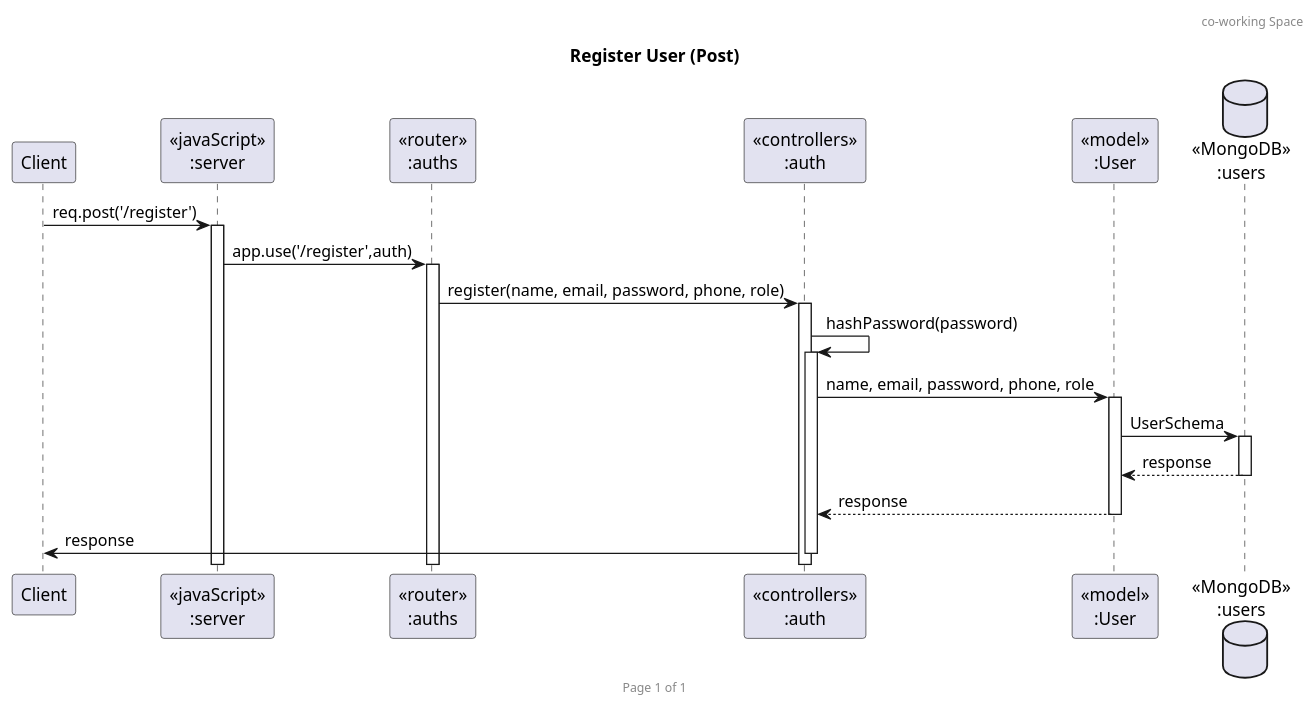
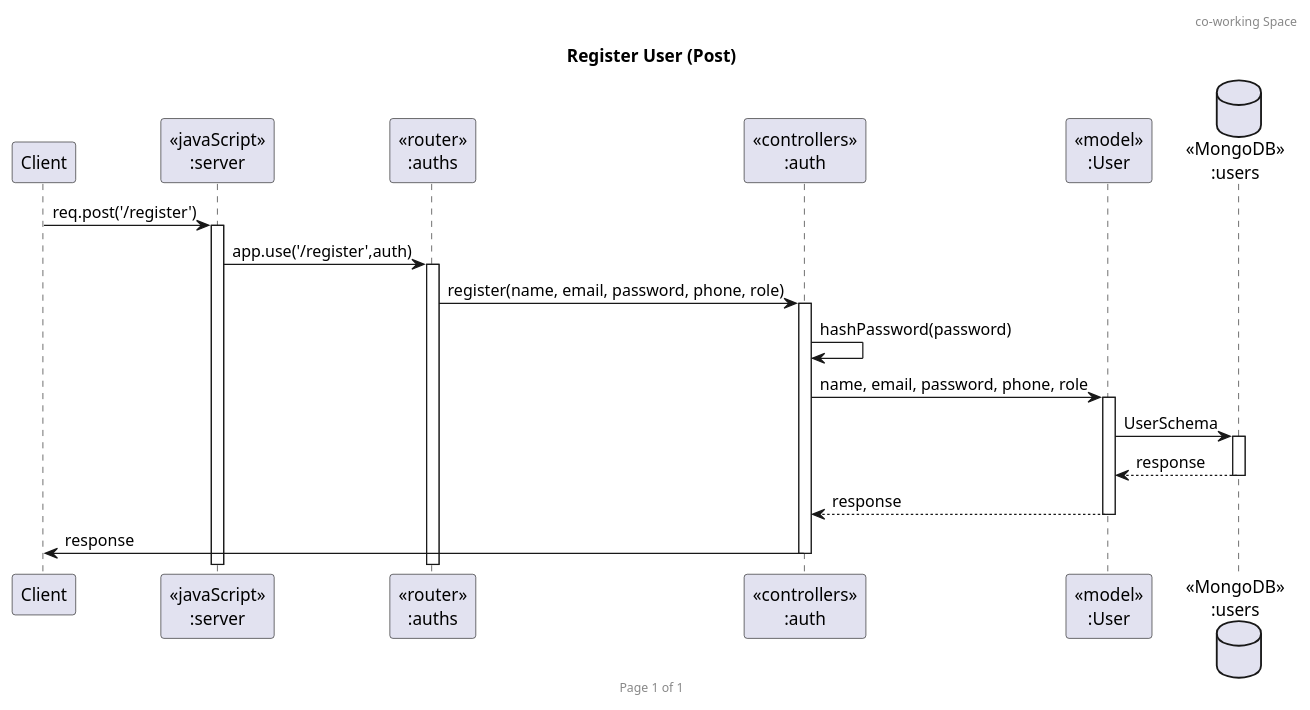
Before and after one commit to GavinITP/co-working-space-reservation: the diagram in uml/coWorking_register.puml, drawn with PlantUML. The commit also changed 3 other files, not shown here.

```diff
--- a/uml/coWorking_register.puml
+++ b/uml/coWorking_register.puml
@@ -1,26 +1,26 @@
 @startuml Register to the system (Post)
 
 header co-working Space 
 footer Page %page% of %lastpage%
 title "Register User (Post)"
 
 participant "Client" as client
 participant "<<javaScript>>\n:server" as server
 participant "<<router>>\n:auths" as routerAuth
 participant "<<controllers>>\n:auth" as controllersAuths
 participant "<<model>>\n:User" as modelUser
 database "<<MongoDB>>\n:users" as UserDatabase
   
 
 client->server ++:req.post('/register')
 server->routerAuth ++:app.use('/register',auth)
 routerAuth -> controllersAuths ++:register(name, email, password, phone, role)
-controllersAuths -> controllersAuths ++: hashPassword(password)
+controllersAuths -> controllersAuths : hashPassword(password)
 controllersAuths -> modelUser ++: name, email, password, phone, role
 modelUser -> UserDatabase ++: UserSchema
 ' modelUser ->UserDatabase ++: UserSchema
 UserDatabase --> modelUser --: response
 controllersAuths <-- modelUser --: response
 controllersAuths->client --:response
 
 @enduml
```
